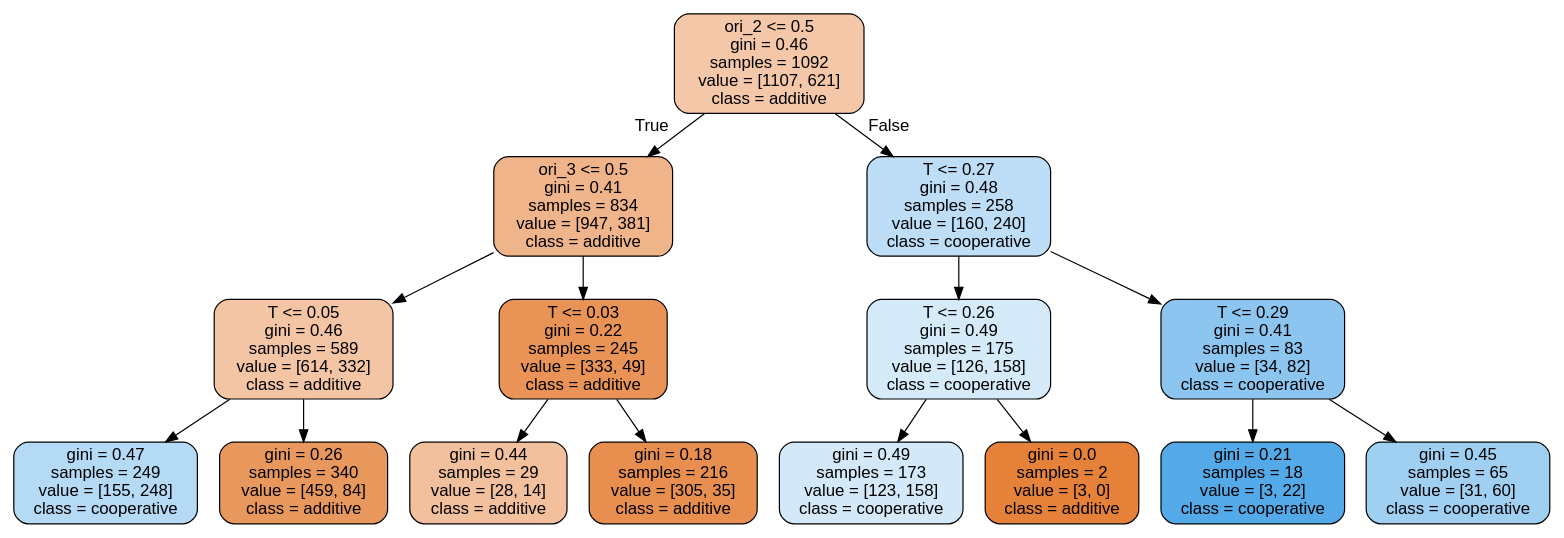
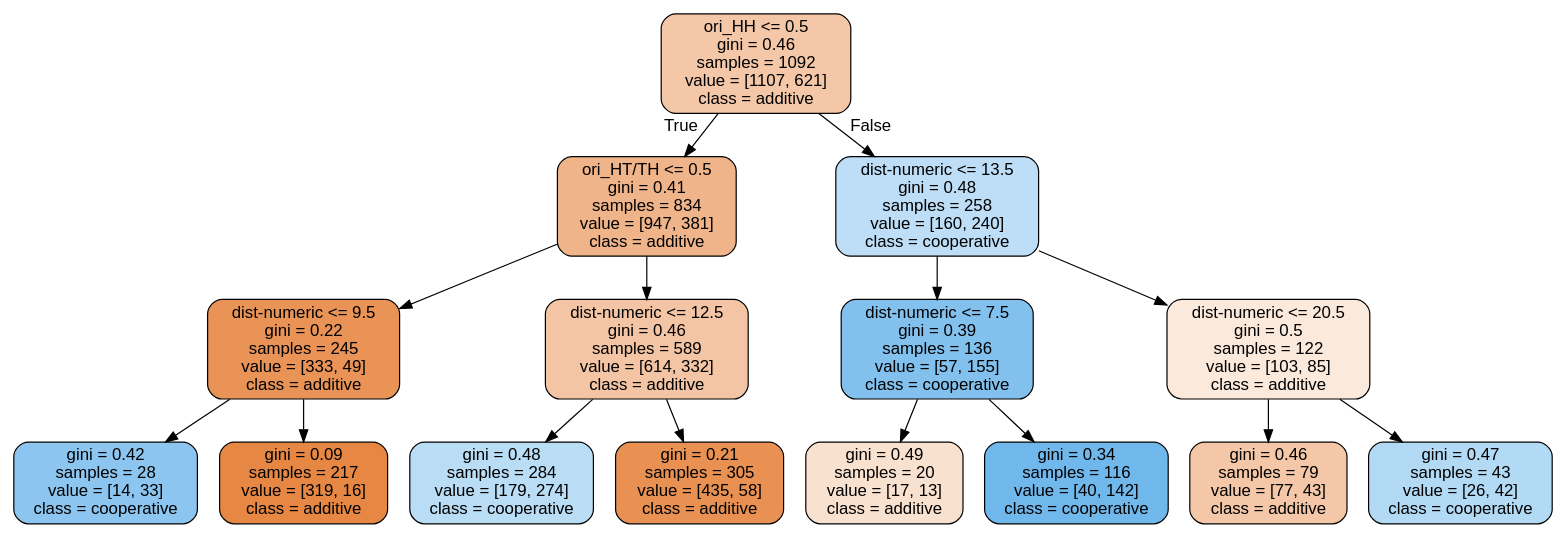
The diagram in modeling/tree.dot (vincentiusmartin/chip2probe), drawn with Graphviz before and after one commit. The commit also changed 3 other files, not shown here.

```diff
--- a/modeling/tree.dot
+++ b/modeling/tree.dot
@@ -1,33 +1,33 @@
 digraph Tree {
 node [shape=box, style="filled, rounded", color="black", fontname=helvetica] ;
 edge [fontname=helvetica] ;
-0 [label="ori_2 <= 0.5\ngini = 0.46\nsamples = 1092\nvalue = [1107, 621]\nclass = additive", fillcolor="#e5813970"] ;
-1 [label="ori_3 <= 0.5\ngini = 0.41\nsamples = 834\nvalue = [947, 381]\nclass = additive", fillcolor="#e5813998"] ;
+0 [label="ori_HH <= 0.5\ngini = 0.46\nsamples = 1092\nvalue = [1107, 621]\nclass = additive", fillcolor="#e5813970"] ;
+1 [label="ori_HT/TH <= 0.5\ngini = 0.41\nsamples = 834\nvalue = [947, 381]\nclass = additive", fillcolor="#e5813998"] ;
 0 -> 1 [labeldistance=2.5, labelangle=45, headlabel="True"] ;
-2 [label="T <= 0.05\ngini = 0.46\nsamples = 589\nvalue = [614, 332]\nclass = additive", fillcolor="#e5813975"] ;
+2 [label="dist-numeric <= 9.5\ngini = 0.22\nsamples = 245\nvalue = [333, 49]\nclass = additive", fillcolor="#e58139d9"] ;
 1 -> 2 ;
-3 [label="gini = 0.47\nsamples = 249\nvalue = [155, 248]\nclass = cooperative", fillcolor="#399de560"] ;
+3 [label="gini = 0.42\nsamples = 28\nvalue = [14, 33]\nclass = cooperative", fillcolor="#399de593"] ;
 2 -> 3 ;
-4 [label="gini = 0.26\nsamples = 340\nvalue = [459, 84]\nclass = additive", fillcolor="#e58139d0"] ;
+4 [label="gini = 0.09\nsamples = 217\nvalue = [319, 16]\nclass = additive", fillcolor="#e58139f2"] ;
 2 -> 4 ;
-5 [label="T <= 0.03\ngini = 0.22\nsamples = 245\nvalue = [333, 49]\nclass = additive", fillcolor="#e58139d9"] ;
+5 [label="dist-numeric <= 12.5\ngini = 0.46\nsamples = 589\nvalue = [614, 332]\nclass = additive", fillcolor="#e5813975"] ;
 1 -> 5 ;
-6 [label="gini = 0.44\nsamples = 29\nvalue = [28, 14]\nclass = additive", fillcolor="#e581397f"] ;
+6 [label="gini = 0.48\nsamples = 284\nvalue = [179, 274]\nclass = cooperative", fillcolor="#399de558"] ;
 5 -> 6 ;
-7 [label="gini = 0.18\nsamples = 216\nvalue = [305, 35]\nclass = additive", fillcolor="#e58139e2"] ;
+7 [label="gini = 0.21\nsamples = 305\nvalue = [435, 58]\nclass = additive", fillcolor="#e58139dd"] ;
 5 -> 7 ;
-8 [label="T <= 0.27\ngini = 0.48\nsamples = 258\nvalue = [160, 240]\nclass = cooperative", fillcolor="#399de555"] ;
+8 [label="dist-numeric <= 13.5\ngini = 0.48\nsamples = 258\nvalue = [160, 240]\nclass = cooperative", fillcolor="#399de555"] ;
 0 -> 8 [labeldistance=2.5, labelangle=-45, headlabel="False"] ;
-9 [label="T <= 0.26\ngini = 0.49\nsamples = 175\nvalue = [126, 158]\nclass = cooperative", fillcolor="#399de534"] ;
+9 [label="dist-numeric <= 7.5\ngini = 0.39\nsamples = 136\nvalue = [57, 155]\nclass = cooperative", fillcolor="#399de5a1"] ;
 8 -> 9 ;
-10 [label="gini = 0.49\nsamples = 173\nvalue = [123, 158]\nclass = cooperative", fillcolor="#399de538"] ;
+10 [label="gini = 0.49\nsamples = 20\nvalue = [17, 13]\nclass = additive", fillcolor="#e581393c"] ;
 9 -> 10 ;
-11 [label="gini = 0.0\nsamples = 2\nvalue = [3, 0]\nclass = additive", fillcolor="#e58139ff"] ;
+11 [label="gini = 0.34\nsamples = 116\nvalue = [40, 142]\nclass = cooperative", fillcolor="#399de5b7"] ;
 9 -> 11 ;
-12 [label="T <= 0.29\ngini = 0.41\nsamples = 83\nvalue = [34, 82]\nclass = cooperative", fillcolor="#399de595"] ;
+12 [label="dist-numeric <= 20.5\ngini = 0.5\nsamples = 122\nvalue = [103, 85]\nclass = additive", fillcolor="#e581392d"] ;
 8 -> 12 ;
-13 [label="gini = 0.21\nsamples = 18\nvalue = [3, 22]\nclass = cooperative", fillcolor="#399de5dc"] ;
+13 [label="gini = 0.46\nsamples = 79\nvalue = [77, 43]\nclass = additive", fillcolor="#e5813971"] ;
 12 -> 13 ;
-14 [label="gini = 0.45\nsamples = 65\nvalue = [31, 60]\nclass = cooperative", fillcolor="#399de57b"] ;
+14 [label="gini = 0.47\nsamples = 43\nvalue = [26, 42]\nclass = cooperative", fillcolor="#399de561"] ;
 12 -> 14 ;
 }
```
